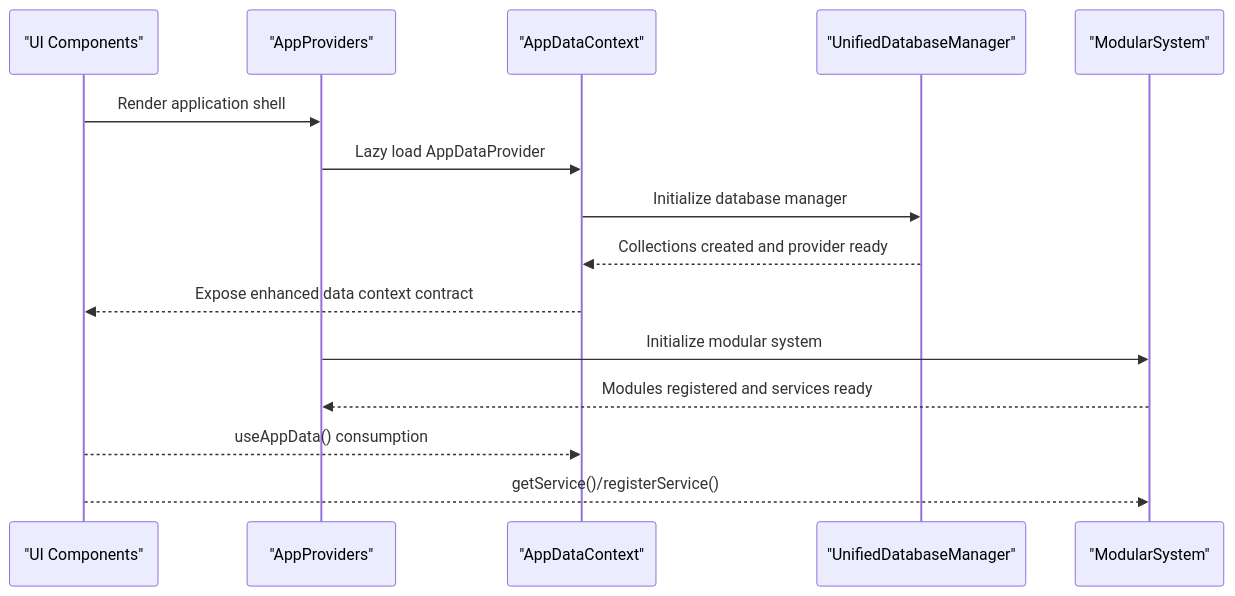
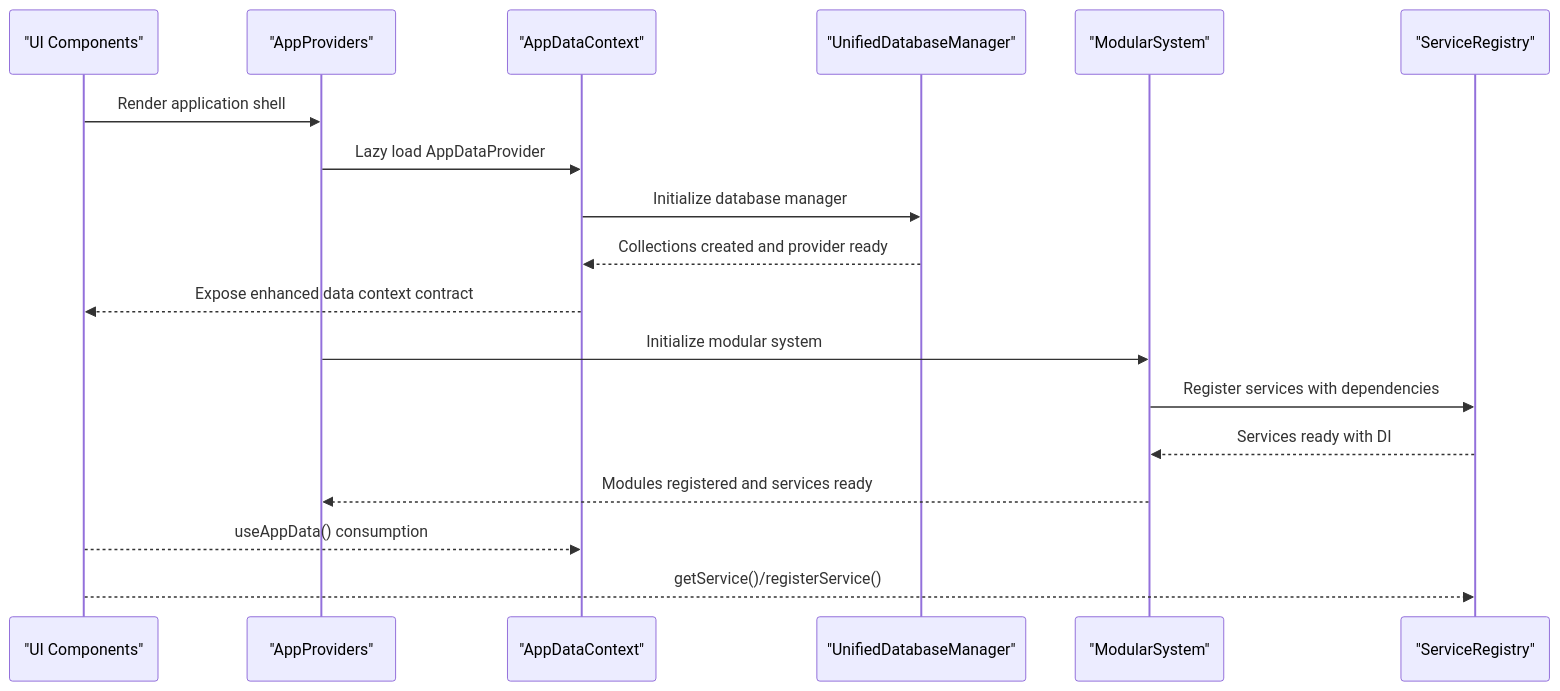
Before and after one commit to geniusdynamics/schoolpilot: the second of 11 diagrams in .qoder/repowiki/en/content/Architecture Overview/Core Architectural Patterns/Core Architectural Patterns.md, drawn with Mermaid. The commit also changed other lines of this file and 21 other files, not shown here.

````diff
--- a/.qoder/repowiki/en/content/Architecture Overview/Core Architectural Patterns/Core Architectural Patterns.md
+++ b/.qoder/repowiki/en/content/Architecture Overview/Core Architectural Patterns/Core Architectural Patterns.md
@@ -141,17 +170,20 @@
 ```mermaid
 sequenceDiagram
 participant UI as "UI Components"
 participant AP as "AppProviders"
 participant ADC as "AppDataContext"
 participant UDM as "UnifiedDatabaseManager"
 participant MS as "ModularSystem"
+participant SR as "ServiceRegistry"
 UI->>AP : Render application shell
 AP->>ADC : Lazy load AppDataProvider
 ADC->>UDM : Initialize database manager
 UDM-->>ADC : Collections created and provider ready
 ADC-->>UI : Expose enhanced data context contract
 AP->>MS : Initialize modular system
+MS->>SR : Register services with dependencies
+SR-->>MS : Services ready with DI
 MS-->>AP : Modules registered and services ready
 UI-->>ADC : useAppData() consumption
-UI-->>MS : getService()/registerService()
+UI-->>SR : getService()/registerService()
 ```
````
